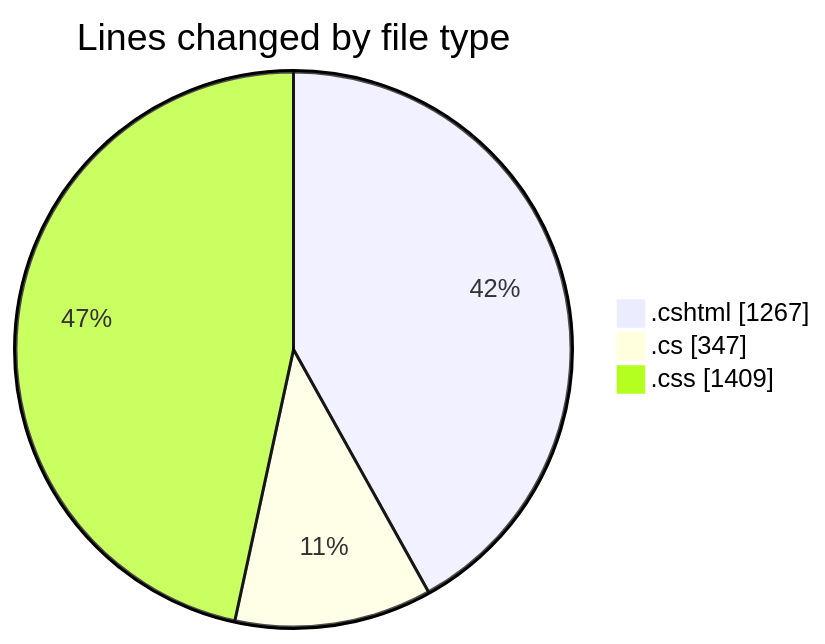
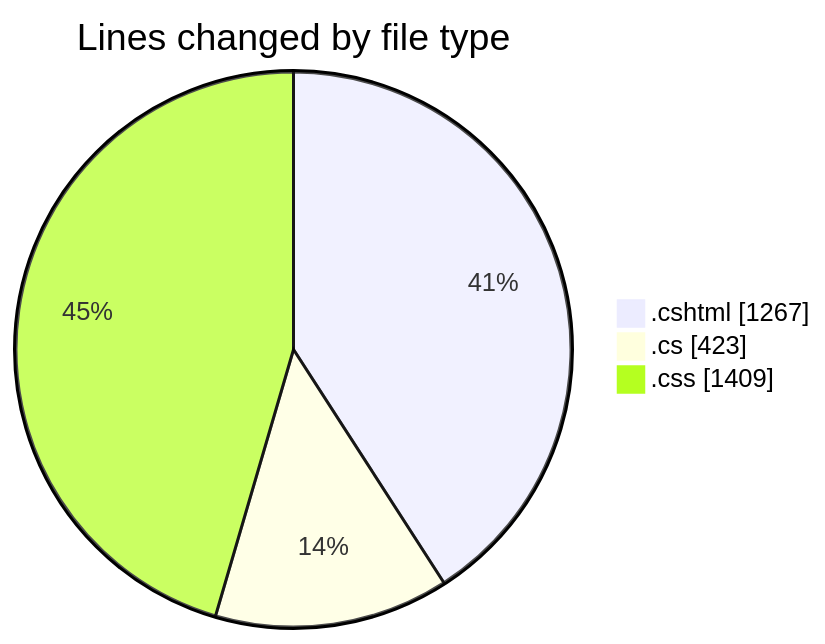
The first of 2 diagrams in 2025-07-18/nhahang/README.md (lephambinh05/code-tracking), drawn with Mermaid before and after one commit. The commit also changed other lines of this file and 1 other file, not shown here.

````diff
--- a/2025-07-18/nhahang/README.md
+++ b/2025-07-18/nhahang/README.md
@@ -41,7 +42,7 @@
 ```mermaid
 pie showData
 title Lines changed by file type
 ".cshtml" : 1267
-".cs" : 347
+".cs" : 423
 ".css" : 1409
 ```
````
